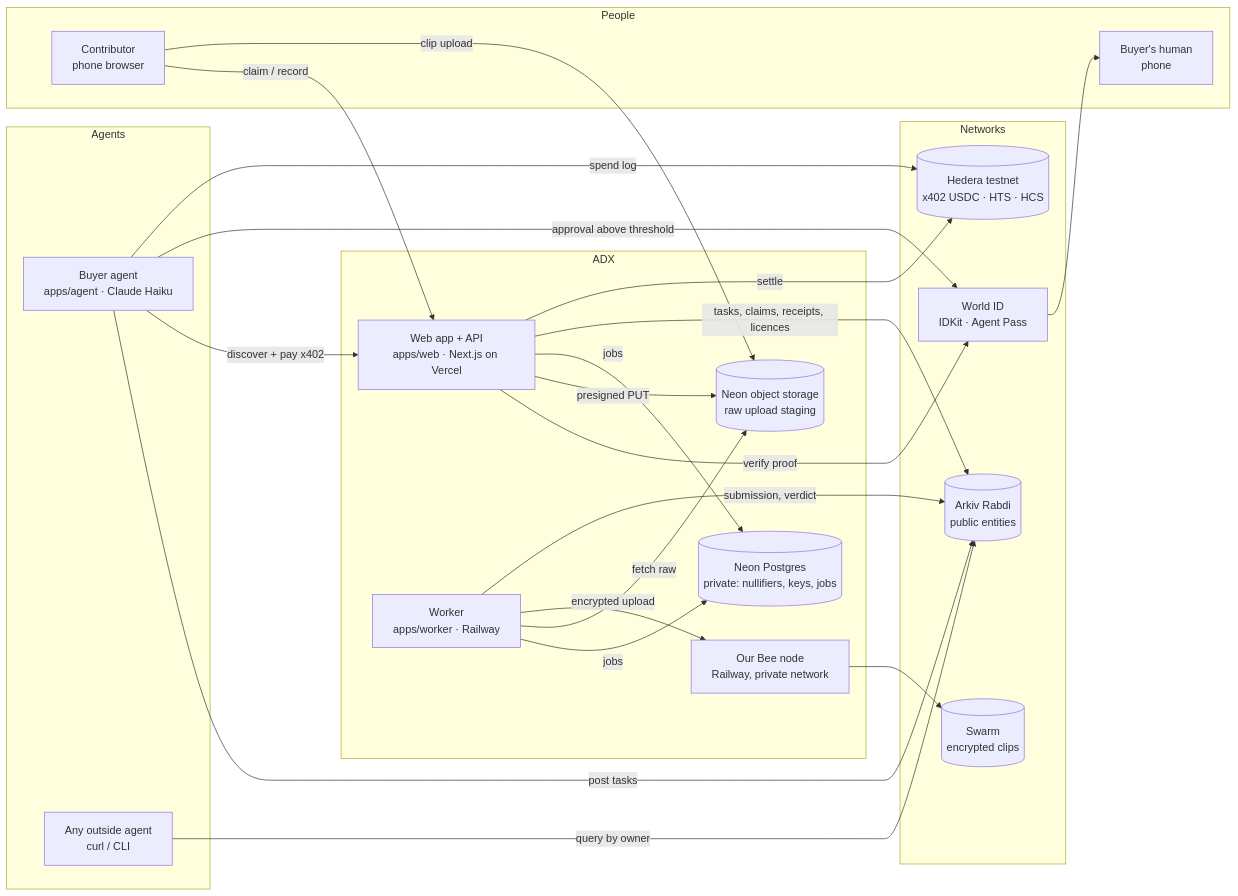
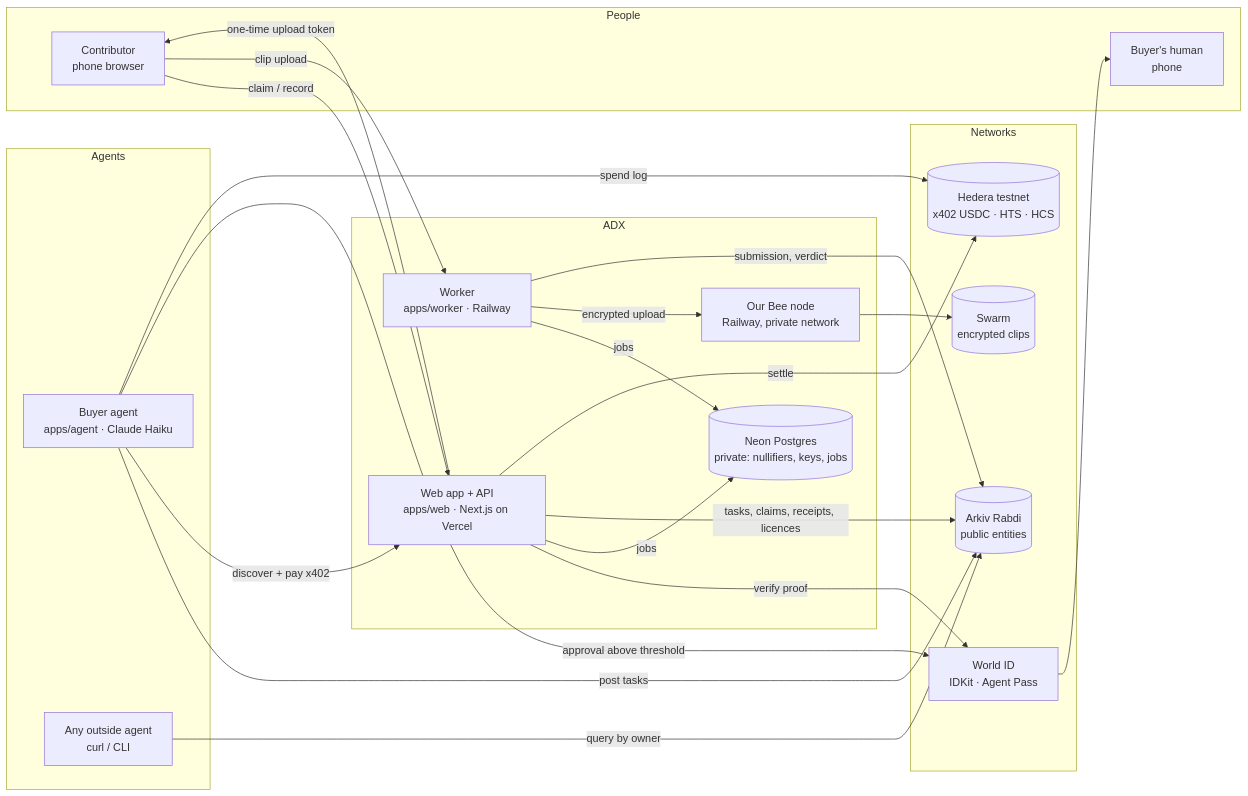
Before and after one commit to Abhishek222983101/agentic-data-exchange: the diagram in docs/sponsors/ARCHITECTURE.md, drawn with Mermaid. The commit also changed other lines of this file and 4 other files, not shown here.

Commit message:
docs: README (flow, payment flow, all settled tx IDs, writer wallets, runnable Arkiv curl query, setup, honest scope); env names; architecture matches the build; tracker + WLD-06

````diff
--- a/docs/sponsors/ARCHITECTURE.md
+++ b/docs/sponsors/ARCHITECTURE.md
@@ -7,41 +7,39 @@
 ```mermaid
 flowchart LR
   subgraph People
     C[Contributor<br/>phone browser]
     H[Buyer's human<br/>phone]
   end
   subgraph Agents
     BA[Buyer agent<br/>apps/agent · Claude Haiku]
     OA[Any outside agent<br/>curl / CLI]
   end
   subgraph ADX
     WEB[Web app + API<br/>apps/web · Next.js on Vercel]
     WK[Worker<br/>apps/worker · Railway]
     BEE[Our Bee node<br/>Railway, private network]
     DB[(Neon Postgres<br/>private: nullifiers, keys, jobs)]
-    S3[(Neon object storage<br/>raw upload staging)]
   end
   subgraph Networks
     ARK[(Arkiv Rabdi<br/>public entities)]
     SW[(Swarm<br/>encrypted clips)]
     HED[(Hedera testnet<br/>x402 USDC · HTS · HCS)]
     WID[World ID<br/>IDKit · Agent Pass]
   end
 
   C -- claim / record --> WEB
   WEB -- verify proof --> WID
-  WEB -- presigned PUT --> S3
-  C -- clip upload --> S3
+  WEB -- one-time upload token --> C
+  C -- clip upload --> WK
   WEB -- jobs --> DB
   WK -- jobs --> DB
-  WK -- fetch raw --> S3
   WK -- encrypted upload --> BEE --> SW
   WK -- submission, verdict --> ARK
   WEB -- tasks, claims, receipts, licences --> ARK
   BA -- post tasks --> ARK
   BA -- discover + pay x402 --> WEB
   WEB -- settle --> HED
   BA -- approval above threshold --> WID --> H
   BA -- spend log --> HED
   OA -- query by owner --> ARK
 ```
````
